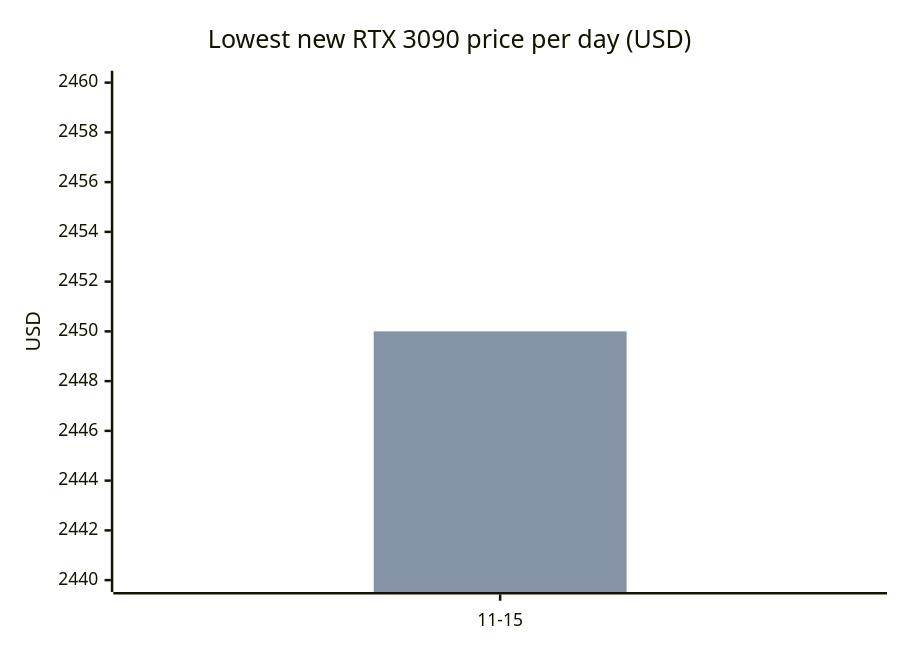
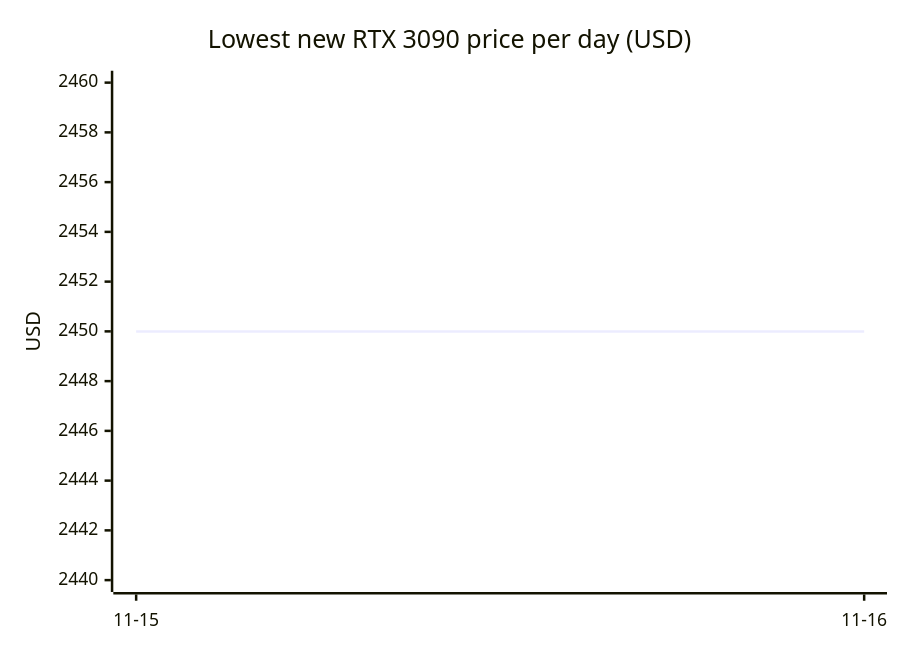
Before and after one commit to 7324136828/4tb_ssd_price_watch: the ninth of 16 diagrams in README.md, drawn with Mermaid. The commit also changed other lines of this file, not shown here.

````diff
--- a/README.md
+++ b/README.md
@@ -373,8 +435,7 @@
 ```mermaid
 xychart-beta
     title "Lowest new RTX 3090 price per day (USD)"
-    x-axis ["11-15"]
+    x-axis ["11-15", "11-16"]
     y-axis "USD" 2440 --> 2460
-    line [2450.00]
-    bar [2450.00]
+    line [2450.00, 2450.00]
 ```
````
